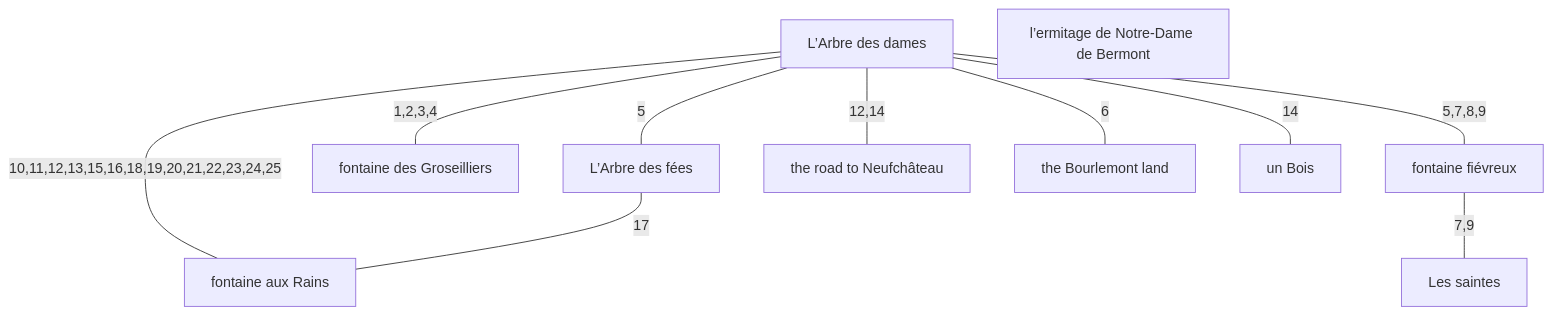
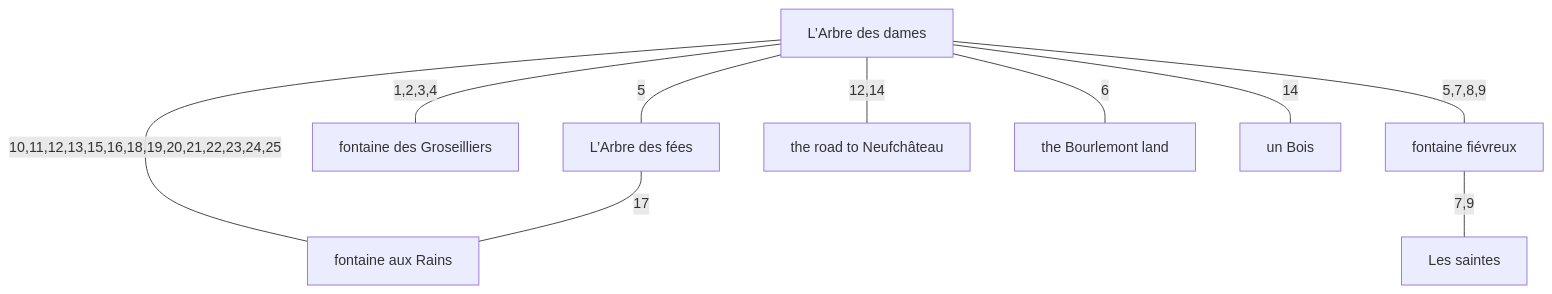
One commit to kitty-catt/the-location-of-the-arbre-des-dames-and-the-spring-of-joan-of-arc changed the diagram in breakout/combined.md. Above: the diagram before and after it, drawn with Mermaid. The commit also changed other lines of this file and 3 other files, not shown here.

First line of the commit message:
drop first-hand-named but relationless objects from the diagram

````diff
--- a/breakout/combined.md
+++ b/breakout/combined.md
@@ -60,23 +68,22 @@
 ```mermaid
 graph TD
     N1["L’Arbre des dames"]
     N2["L’Arbre des fées"]
     N3["fontaine des Groseilliers"]
     N4["fontaine fiévreux"]
     N5["fontaine aux Rains"]
     N6["the road to Neufchâteau"]
     N7["the Bourlemont land"]
     N8["un Bois"]
     N9["Les saintes"]
-    N10["l’ermitage de Notre-Dame de Bermont"]
 
     N1 -- "5" --- N2
     N1 -- "1,2,3,4" --- N3
     N1 -- "5,7,8,9" --- N4
     N1 -- "6" --- N7
     N4 -- "7,9" --- N9
     N1 -- "10,11,12,13,15,16,18,19,20,21,22,23,24,25" --- N5
     N2 -- "17" --- N5
     N1 -- "12,14" --- N6
     N1 -- "14" --- N8
 ```
````
